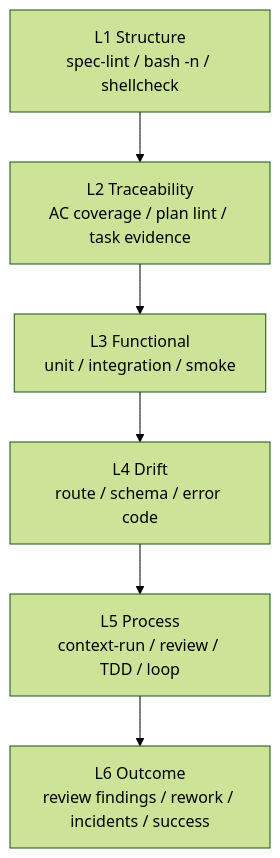
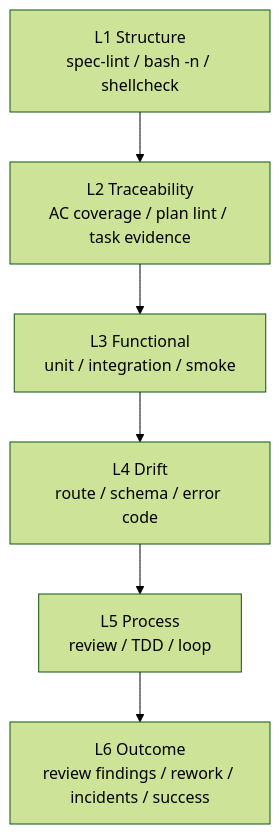
Before and after one commit to Spadex/halo: the diagram in docs/wiki/eval.md, drawn with Mermaid (forest theme). The commit also changed other lines of this file and 64 other files, not shown here.

````diff
--- a/docs/wiki/eval.md
+++ b/docs/wiki/eval.md
@@ -33,11 +33,11 @@
 ```mermaid
 flowchart TB
     L1["L1 Structure\nspec-lint / bash -n / shellcheck"]
     L2["L2 Traceability\nAC coverage / plan lint / task evidence"]
     L3["L3 Functional\nunit / integration / smoke"]
     L4["L4 Drift\nroute / schema / error code"]
-    L5["L5 Process\ncontext-run / review / TDD / loop"]
+    L5["L5 Process\nreview / TDD / loop"]
     L6["L6 Outcome\nreview findings / rework / incidents / success"]
 
     L1 --> L2 --> L3 --> L4 --> L5 --> L6
 ```
````
